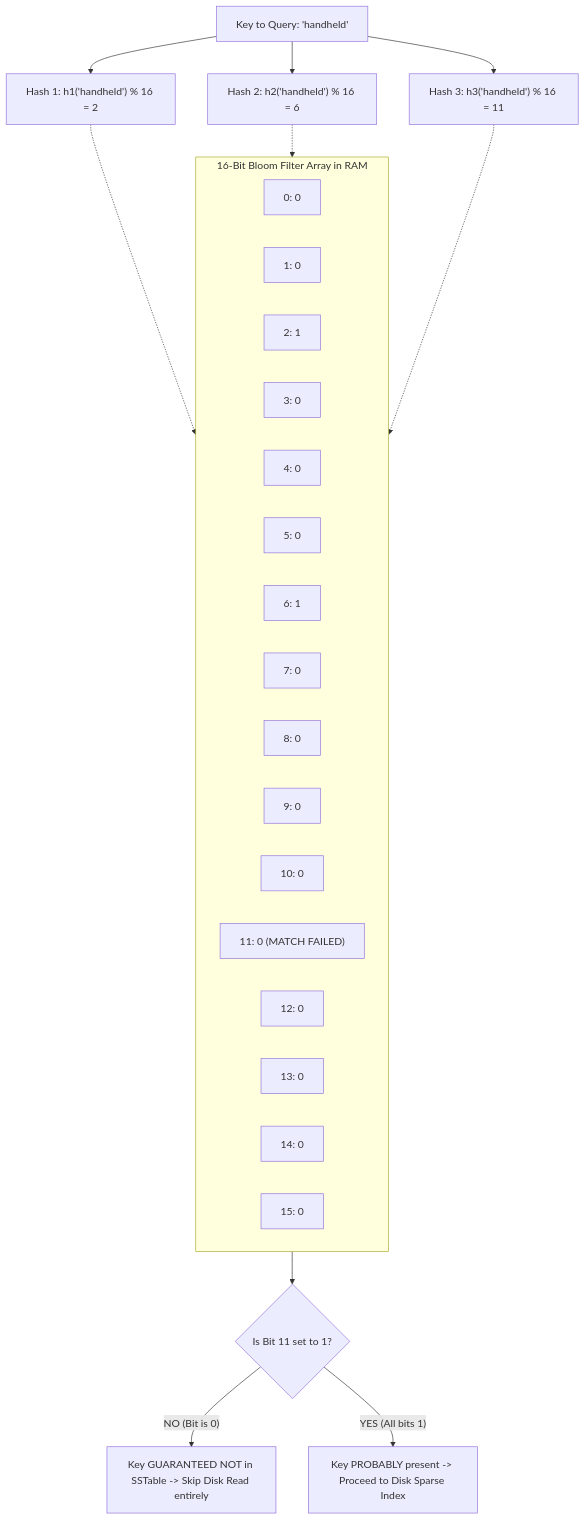
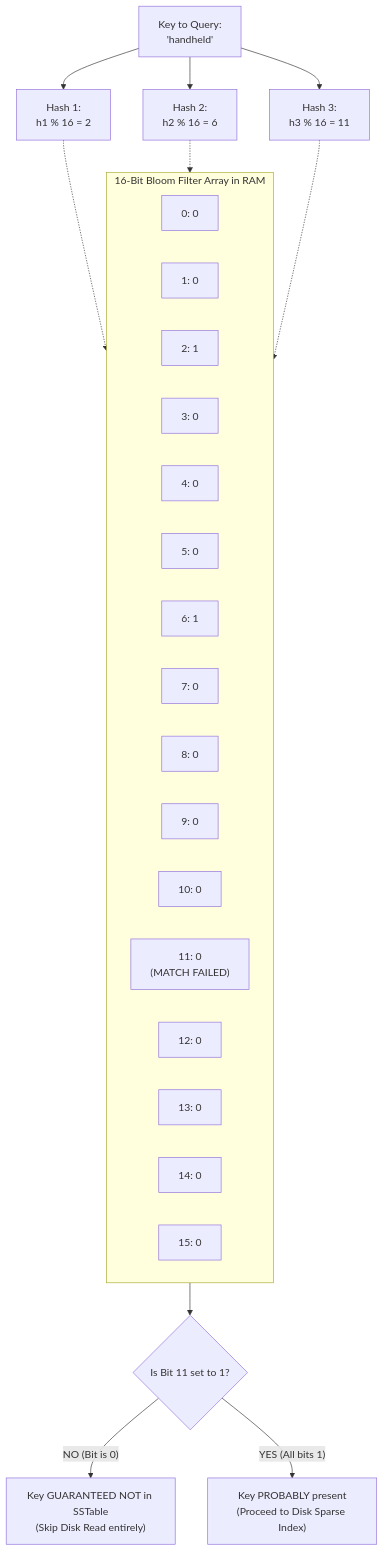
One commit to 1mimhe/books-summery changed the fourth of 12 diagrams in 01 Designing Data-Intensive Applications/chapter-04-storage-and-retrieval.md. Above: the diagram before and after it, drawn with Mermaid. The commit also changed other lines of this file and 1 other file, not shown here.

````diff
--- a/01 Designing Data-Intensive Applications/chapter-04-storage-and-retrieval.md
+++ b/01 Designing Data-Intensive Applications/chapter-04-storage-and-retrieval.md
@@ -396,34 +270,31 @@
 ```mermaid
 flowchart TD
-  KEY["Key to Query: 'handheld'"] --> H1["Hash 1: h1('handheld') % 16 = 2"]
-  KEY --> H2["Hash 2: h2('handheld') % 16 = 6"]
-  KEY --> H3["Hash 3: h3('handheld') % 16 = 11"]
-
+  KEY["Key to Query:<br/>'handheld'"] --> H1["Hash 1:<br/>h1 % 16 = 2"]
+  KEY --> H2["Hash 2:<br/>h2 % 16 = 6"]
+  KEY --> H3["Hash 3:<br/>h3 % 16 = 11"]
   subgraph BF["16-Bit Bloom Filter Array in RAM"]
     direction LR
     B0["0: 0"]
     B1["1: 0"]
     B2["2: 1"]
     B3["3: 0"]
     B4["4: 0"]
     B5["5: 0"]
     B6["6: 1"]
     B7["7: 0"]
     B8["8: 0"]
     B9["9: 0"]
     B10["10: 0"]
-    B11["11: 0 (MATCH FAILED)"]
+    B11["11: 0<br/>(MATCH FAILED)"]
     B12["12: 0"]
     B13["13: 0"]
     B14["14: 0"]
     B15["15: 0"]
   end
-
   H1 -.-> B2
   H2 -.-> B6
   H3 -.-> B11
-
   B11 --> DECISION{"Is Bit 11 set to 1?"}
-  DECISION -->|"NO (Bit is 0)"| RET_NO["Key GUARANTEED NOT in SSTable -> Skip Disk Read entirely"]
-  DECISION -->|"YES (All bits 1)"| RET_MAYBE["Key PROBABLY present -> Proceed to Disk Sparse Index"]
+  DECISION -->|"NO (Bit is 0)"| RET_NO["Key GUARANTEED NOT in SSTable<br/>(Skip Disk Read entirely)"]
+  DECISION -->|"YES (All bits 1)"| RET_MAYBE["Key PROBABLY present<br/>(Proceed to Disk Sparse Index)"]
 ```
````
